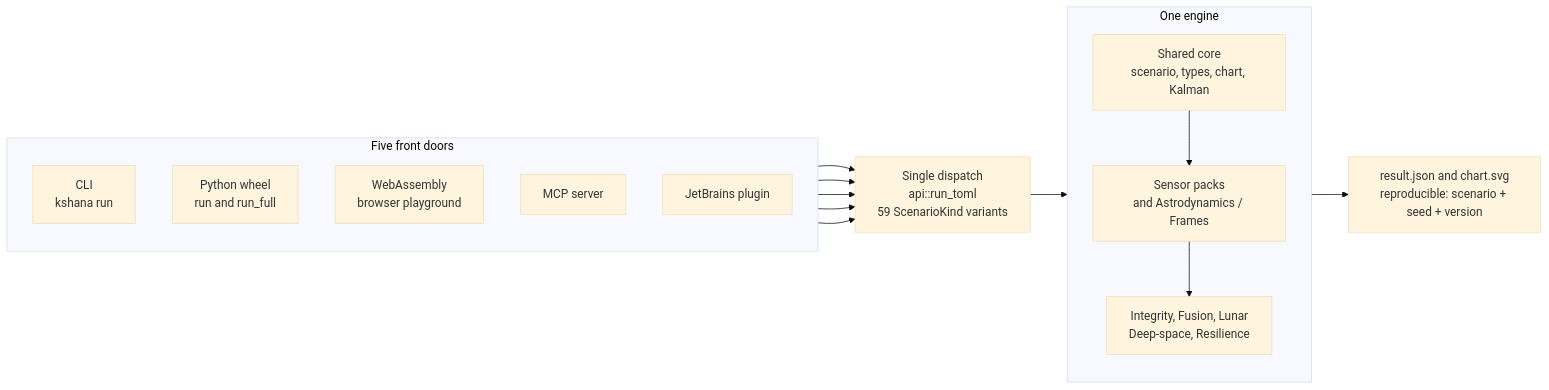
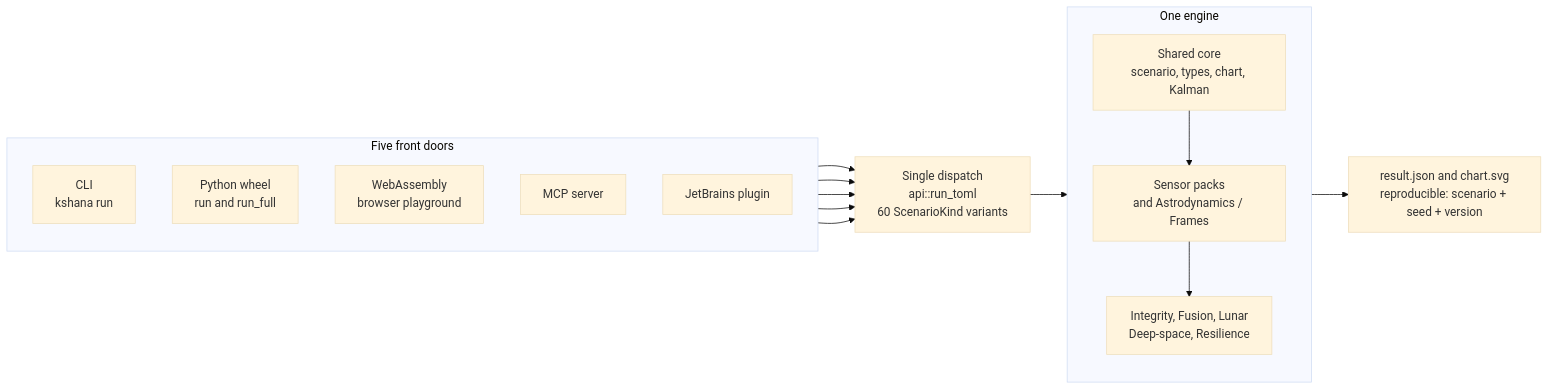
One commit to ashfordeOU/kshana changed the diagram in docs/diagrams/system-overview.mmd. Above: the diagram before and after it, drawn with Mermaid (base theme). The commit also changed 34 other files, not shown here.

First line of the commit message:
feat(lunar): make surface-beacon augmentation reachable — a `lunar-beacon` scenario kind, and the matrix row it never had

```diff
--- a/docs/diagrams/system-overview.mmd
+++ b/docs/diagrams/system-overview.mmd
@@ -1,31 +1,31 @@
 flowchart LR
     subgraph DOORS[Five front doors]
         direction TB
         CLI[CLI<br/>kshana run]
         PY[Python wheel<br/>run and run_full]
         WASM[WebAssembly<br/>browser playground]
         MCP[MCP server]
         IDE[JetBrains plugin]
     end
 
-    DISPATCH[Single dispatch<br/>api::run_toml<br/>59 ScenarioKind variants]
+    DISPATCH[Single dispatch<br/>api::run_toml<br/>60 ScenarioKind variants]
 
     subgraph ENGINE[One engine]
         direction TB
         CORE[Shared core<br/>scenario, types, chart, Kalman]
         PACKS[Sensor packs<br/>and Astrodynamics / Frames]
         DOMAIN[Integrity, Fusion, Lunar<br/>Deep-space, Resilience]
         CORE --> PACKS
         PACKS --> DOMAIN
     end
 
     OUT[result.json and chart.svg<br/>reproducible: scenario + seed + version]
 
     CLI --> DISPATCH
     PY --> DISPATCH
     WASM --> DISPATCH
     MCP --> DISPATCH
     IDE --> DISPATCH
 
     DISPATCH --> ENGINE
     ENGINE --> OUT
```
